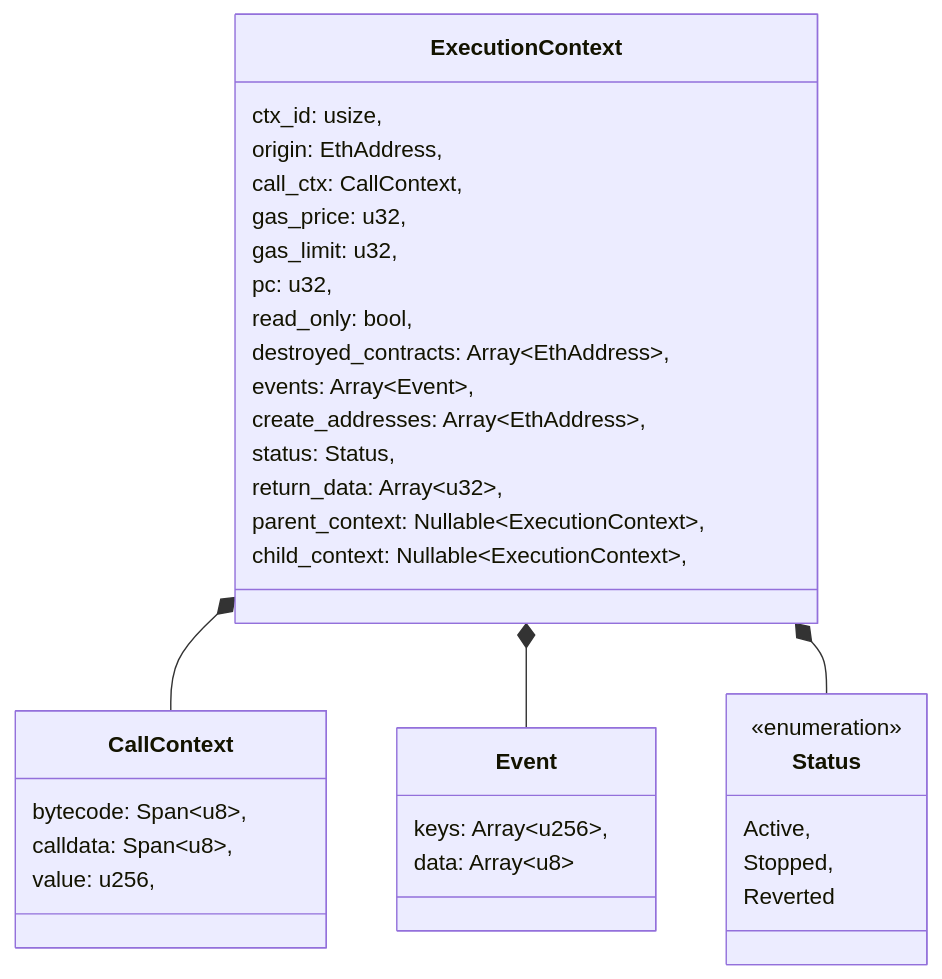
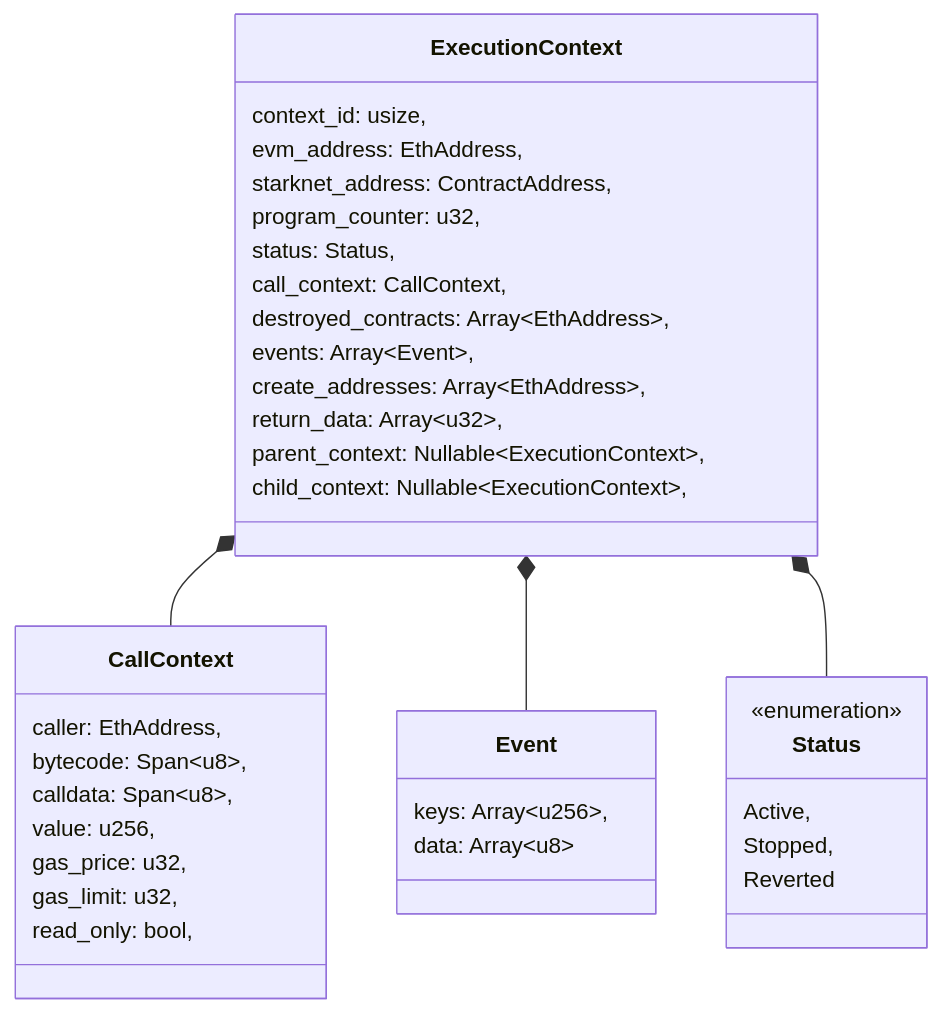
Before and after one commit to kkrt-labs/kakarot-ssj: the first of 2 diagrams in docs/general/execution_context.md, drawn with Mermaid. The commit also changed 33 other files, not shown here.

````diff
--- a/docs/general/execution_context.md
+++ b/docs/general/execution_context.md
@@ -16,41 +16,43 @@
 ```mermaid
 classDiagram
     class ExecutionContext{
-        ctx_id: usize,
-        origin: EthAddress,
-        call_ctx: CallContext,
-        gas_price: u32,
-        gas_limit: u32,
-        pc: u32,
-        read_only: bool,
+        context_id: usize,
+        evm_address: EthAddress,
+        starknet_address: ContractAddress,
+        program_counter: u32,
+        status: Status,
+        call_context: CallContext,
         destroyed_contracts: Array~EthAddress~,
         events: Array~Event~,
         create_addresses: Array~EthAddress~,
-        status: Status,
         return_data: Array~u32~,
         parent_context: Nullable~ExecutionContext~,
         child_context: Nullable~ExecutionContext~,
     }
 
     class CallContext{
+        caller: EthAddress,
         bytecode: Span~u8~,
         calldata: Span~u8~,
         value: u256,
+        gas_price: u32,
+        gas_limit: u32,
+        read_only: bool,
     }
 
     class Event{
         keys: Array~u256~,
         data: Array~u8~
     }
 
     class Status{
     <<enumeration>>
       Active,
       Stopped,
       Reverted
     }
 
     ExecutionContext *-- CallContext
     ExecutionContext *-- Event
     ExecutionContext *-- Status
 ```
````
